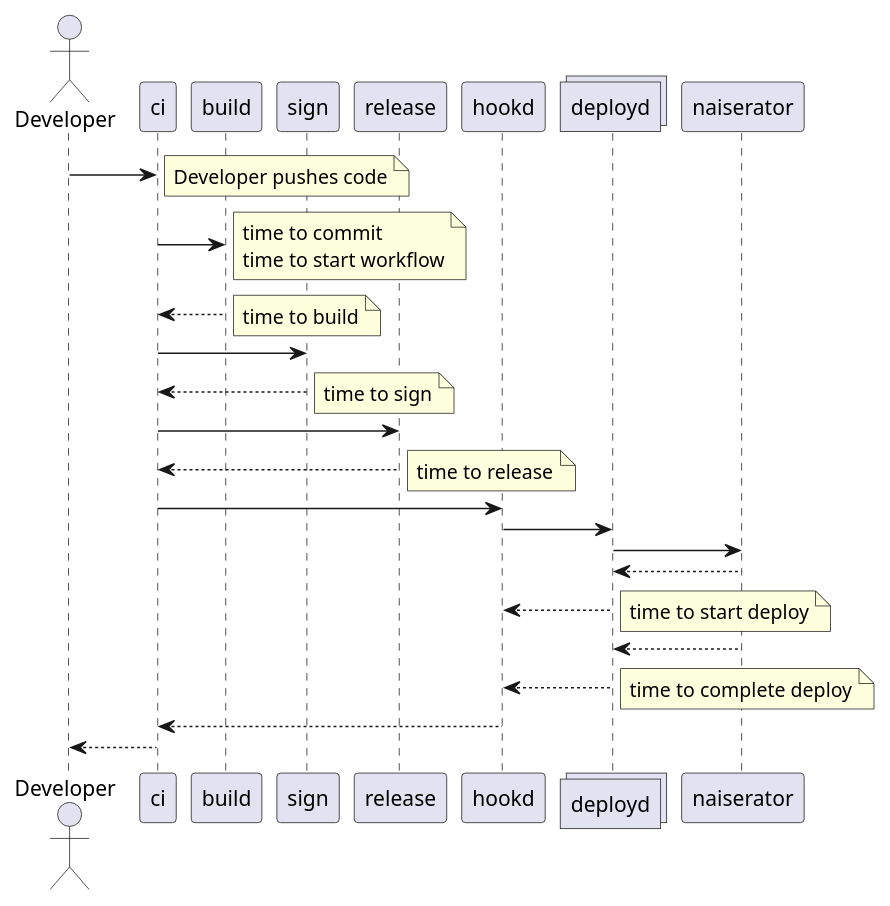
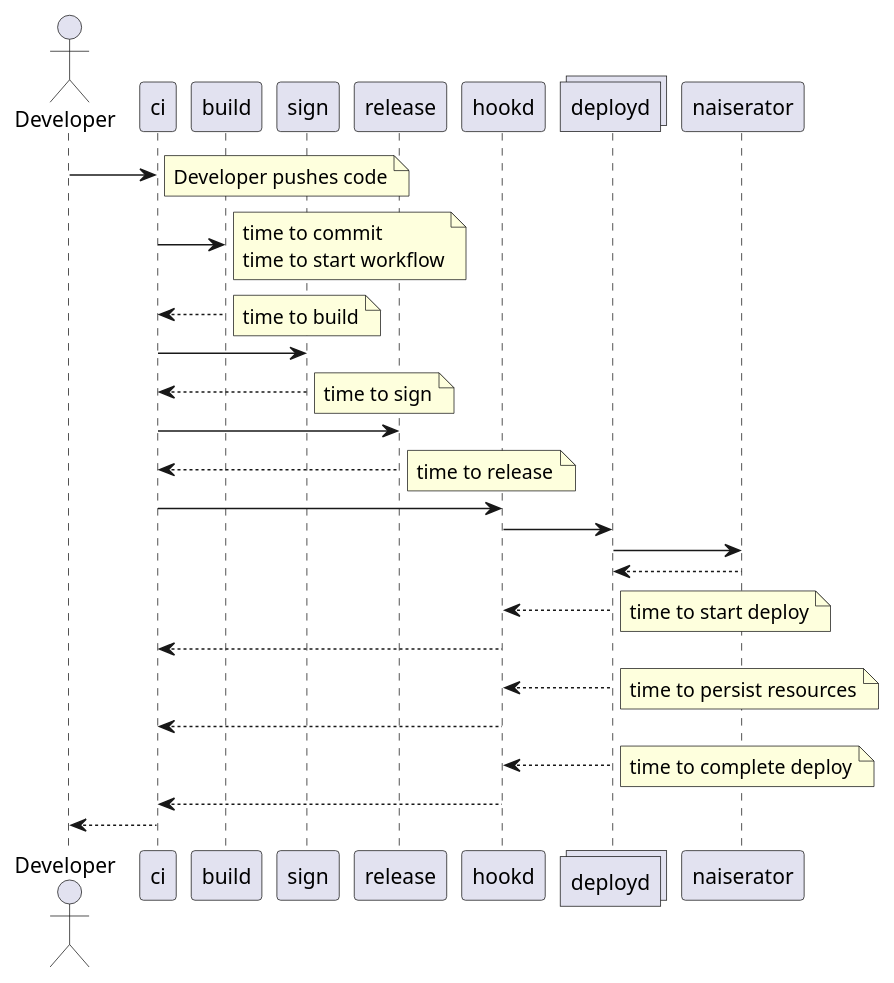
One commit to nais/deploy changed the diagram in doc/tracing.puml. Above: the diagram before and after it, drawn with PlantUML. The commit also changed 4 other files, not shown here.

```diff
--- a/doc/tracing.puml
+++ b/doc/tracing.puml
@@ -5,43 +5,47 @@
 @startuml component
 
 actor developer as "Developer"
 participant ci
 participant build
 participant sign
 participant release
 participant hookd
 collections deployd
 participant naiserator
 
 developer -> ci
 note right: Developer pushes code
 ci -> build
 note right: time to commit\n\
 time to start workflow
 build --> ci
 note right: time to build
 
 ci -> sign
 sign --> ci
 note right: time to sign
 
 ci -> release
 release --> ci
 note right: time to release
 
 ci -> hookd
 hookd -> deployd
 deployd -> naiserator
 
 naiserator --> deployd
 deployd --> hookd
 note right: time to start deploy
+hookd --> ci
 
-naiserator --> deployd
+deployd --> hookd
+note right: time to persist resources
+hookd --> ci
+
 deployd --> hookd
 note right: time to complete deploy
 
 hookd --> ci
 ci --> developer
 
 @enduml
```
